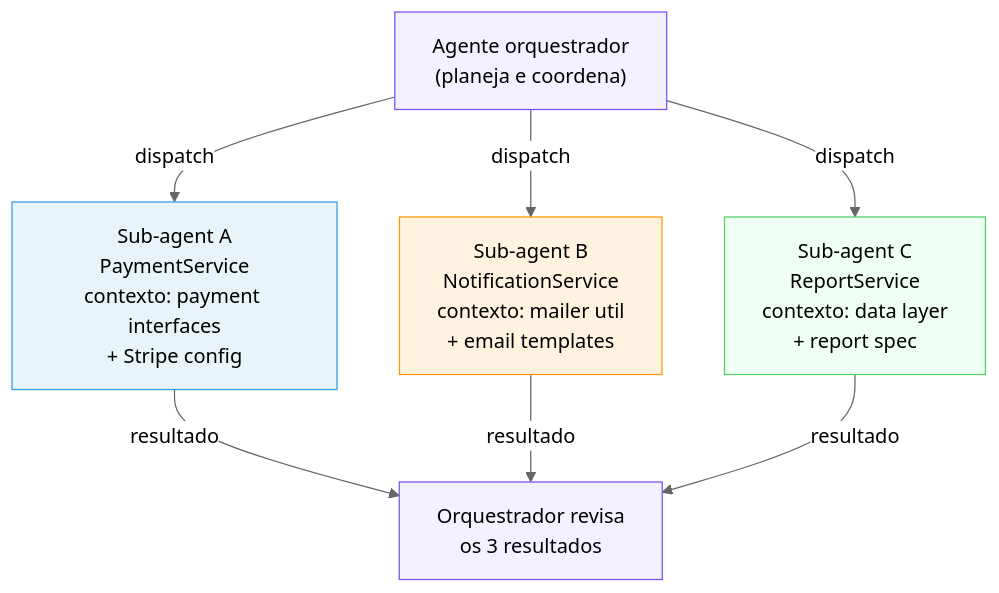
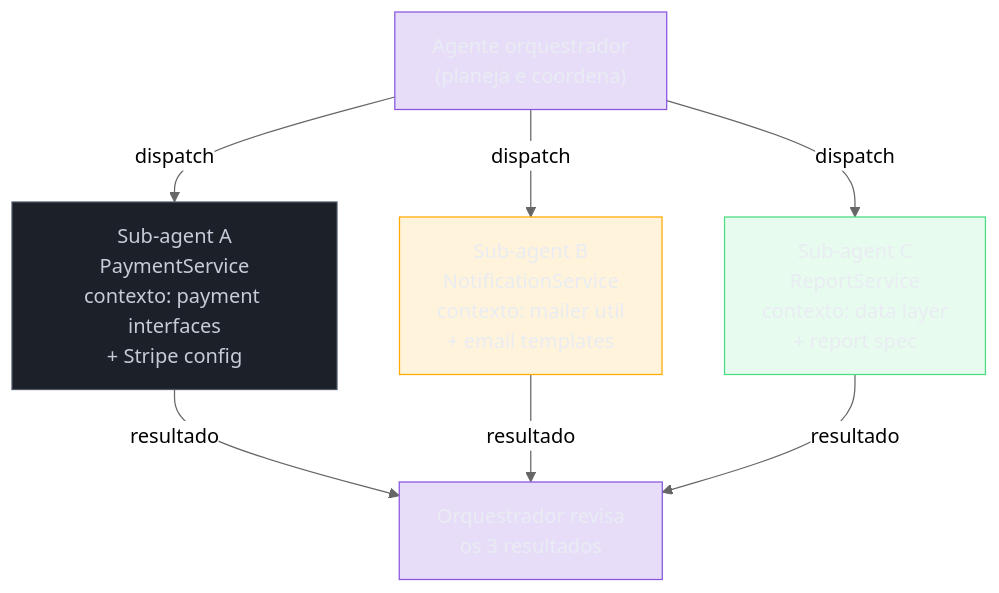
The diagram in 03-Dominios/Tecnologia/IA/Claude Code/Workflows/07 - Sub-agents e dispatch.md (josenaldo/codex-technomanticus), drawn with Mermaid (neutral theme) before and after one commit. The commit also changed 1181 other files, not shown here.

First line of the commit message:
fix(diagramas): paleta do sistema no lugar de cor cravada no markdown

````diff
--- a/03-Dominios/Tecnologia/IA/Claude Code/Workflows/07 - Sub-agents e dispatch.md
+++ b/03-Dominios/Tecnologia/IA/Claude Code/Workflows/07 - Sub-agents e dispatch.md
@@ -31,23 +31,27 @@
 ```mermaid
 flowchart TB
+    classDef marca fill:#8855DF33,stroke:#8855DF,color:#E9ECF2
+    classDef neutro fill:#1B2029,stroke:#4E5666,color:#C6CCD8
+    classDef destaque fill:#FFAA0024,stroke:#FFAA00,color:#E9ECF2
+    classDef ok fill:#4ADE8021,stroke:#4ADE80,color:#E9ECF2
     orquestrador["Agente orquestrador\n(planeja e coordena)"]
 
     sub1["Sub-agent A\nPaymentService\ncontexto: payment interfaces\n+ Stripe config"]
     sub2["Sub-agent B\nNotificationService\ncontexto: mailer util\n+ email templates"]
     sub3["Sub-agent C\nReportService\ncontexto: data layer\n+ report spec"]
 
     resultado["Orquestrador revisa\nos 3 resultados"]
 
     orquestrador -->|dispatch| sub1
     orquestrador -->|dispatch| sub2
     orquestrador -->|dispatch| sub3
     sub1 -->|resultado| resultado
     sub2 -->|resultado| resultado
     sub3 -->|resultado| resultado
 
-    style orquestrador fill:#f3f0ff,stroke:#7950f2
-    style sub1 fill:#e8f4f8,stroke:#339af0
-    style sub2 fill:#fff3e0,stroke:#ff9800
-    style sub3 fill:#f0fff4,stroke:#51cf66
-    style resultado fill:#f3f0ff,stroke:#7950f2
+    class orquestrador marca
+    class sub1 neutro
+    class sub2 destaque
+    class sub3 ok
+    class resultado marca
 ```
````
